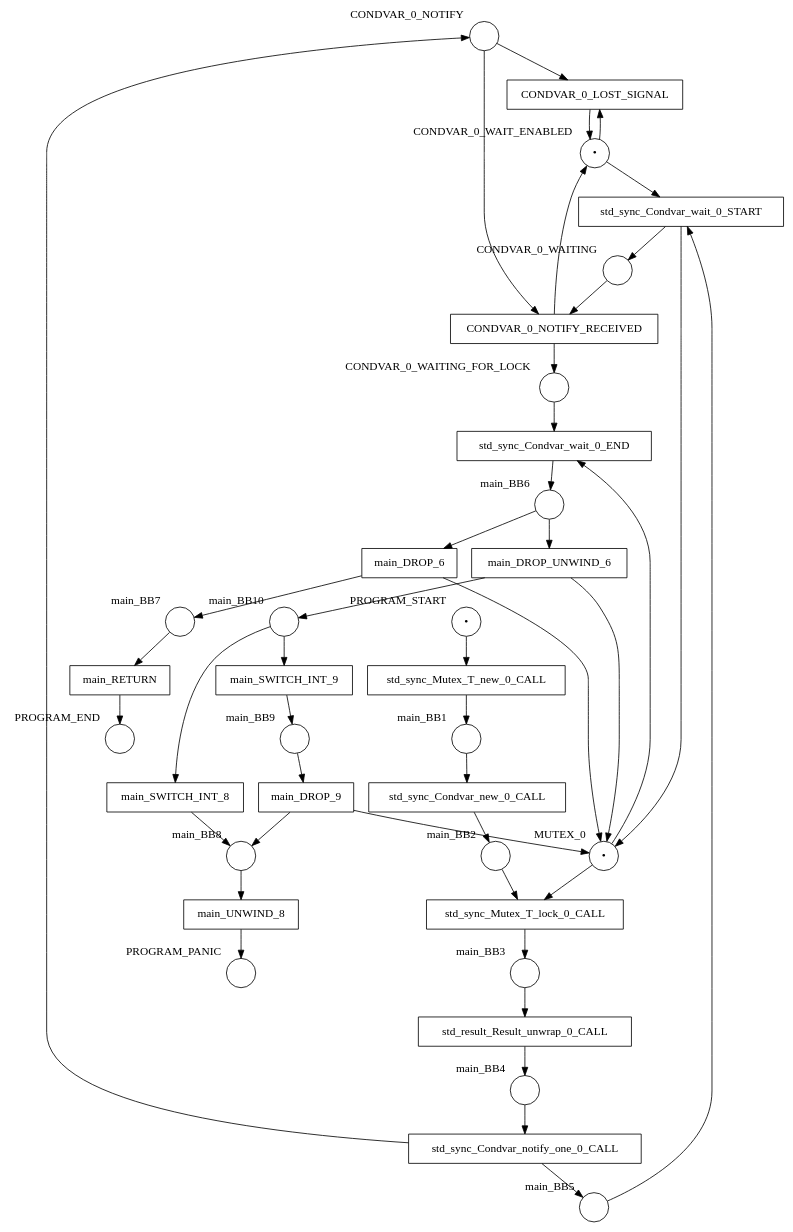
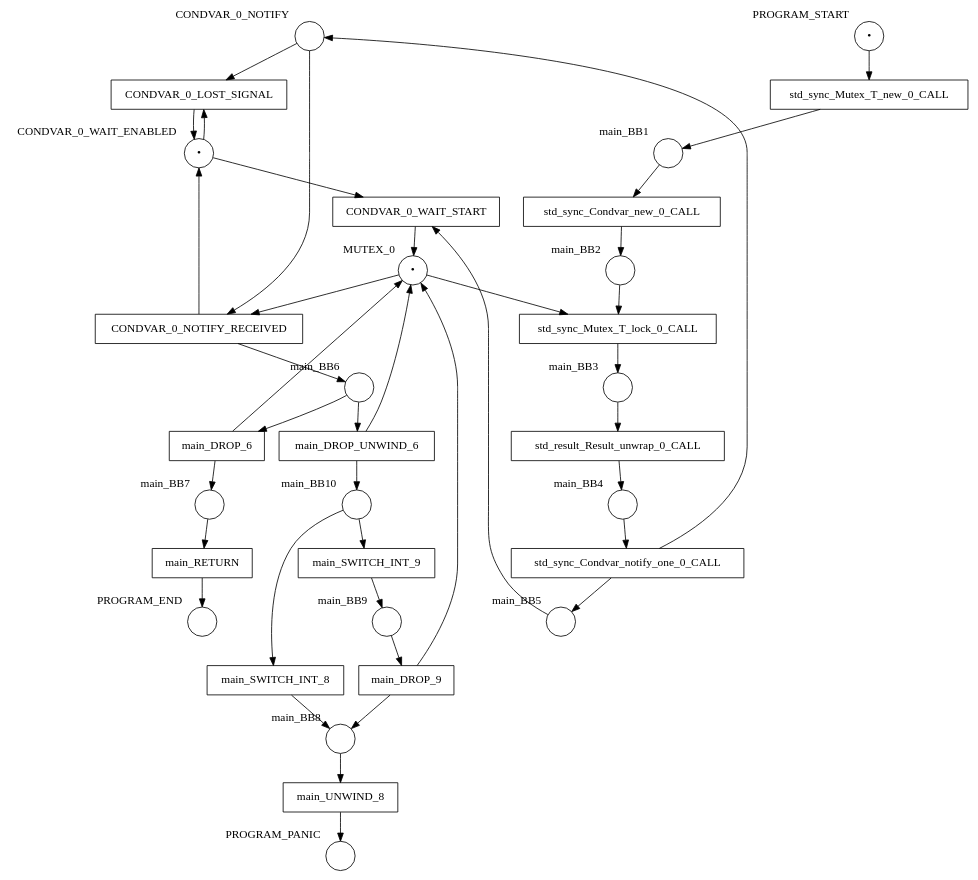
One commit to hlisdero/cargo-check-deadlock changed the diagram in examples/results/condvar/self_notify_lost_signal/net.dot. Above: the diagram before and after it, drawn with Graphviz. The commit also changed 15 other files, not shown here.

```diff
--- a/examples/results/condvar/self_notify_lost_signal/net.dot
+++ b/examples/results/condvar/self_notify_lost_signal/net.dot
@@ -1,79 +1,72 @@
 digraph petrinet {
     CONDVAR_0_NOTIFY [shape="circle" xlabel="CONDVAR_0_NOTIFY" label=""];
-    CONDVAR_0_WAITING [shape="circle" xlabel="CONDVAR_0_WAITING" label=""];
-    CONDVAR_0_WAITING_FOR_LOCK [shape="circle" xlabel="CONDVAR_0_WAITING_FOR_LOCK" label=""];
     CONDVAR_0_WAIT_ENABLED [shape="circle" xlabel="CONDVAR_0_WAIT_ENABLED" label="•"];
     MUTEX_0 [shape="circle" xlabel="MUTEX_0" label="•"];
     PROGRAM_END [shape="circle" xlabel="PROGRAM_END" label=""];
     PROGRAM_PANIC [shape="circle" xlabel="PROGRAM_PANIC" label=""];
     PROGRAM_START [shape="circle" xlabel="PROGRAM_START" label="•"];
     main_BB1 [shape="circle" xlabel="main_BB1" label=""];
     main_BB10 [shape="circle" xlabel="main_BB10" label=""];
     main_BB2 [shape="circle" xlabel="main_BB2" label=""];
     main_BB3 [shape="circle" xlabel="main_BB3" label=""];
     main_BB4 [shape="circle" xlabel="main_BB4" label=""];
     main_BB5 [shape="circle" xlabel="main_BB5" label=""];
     main_BB6 [shape="circle" xlabel="main_BB6" label=""];
     main_BB7 [shape="circle" xlabel="main_BB7" label=""];
     main_BB8 [shape="circle" xlabel="main_BB8" label=""];
     main_BB9 [shape="circle" xlabel="main_BB9" label=""];
     CONDVAR_0_LOST_SIGNAL [shape="box" xlabel="" label="CONDVAR_0_LOST_SIGNAL"];
     CONDVAR_0_NOTIFY_RECEIVED [shape="box" xlabel="" label="CONDVAR_0_NOTIFY_RECEIVED"];
+    CONDVAR_0_WAIT_START [shape="box" xlabel="" label="CONDVAR_0_WAIT_START"];
     main_DROP_6 [shape="box" xlabel="" label="main_DROP_6"];
     main_DROP_9 [shape="box" xlabel="" label="main_DROP_9"];
     main_DROP_UNWIND_6 [shape="box" xlabel="" label="main_DROP_UNWIND_6"];
     main_RETURN [shape="box" xlabel="" label="main_RETURN"];
     main_SWITCH_INT_8 [shape="box" xlabel="" label="main_SWITCH_INT_8"];
     main_SWITCH_INT_9 [shape="box" xlabel="" label="main_SWITCH_INT_9"];
     main_UNWIND_8 [shape="box" xlabel="" label="main_UNWIND_8"];
     std_result_Result_unwrap_0_CALL [shape="box" xlabel="" label="std_result_Result_unwrap_0_CALL"];
     std_sync_Condvar_new_0_CALL [shape="box" xlabel="" label="std_sync_Condvar_new_0_CALL"];
     std_sync_Condvar_notify_one_0_CALL [shape="box" xlabel="" label="std_sync_Condvar_notify_one_0_CALL"];
-    std_sync_Condvar_wait_0_END [shape="box" xlabel="" label="std_sync_Condvar_wait_0_END"];
-    std_sync_Condvar_wait_0_START [shape="box" xlabel="" label="std_sync_Condvar_wait_0_START"];
     std_sync_Mutex_T_lock_0_CALL [shape="box" xlabel="" label="std_sync_Mutex_T_lock_0_CALL"];
     std_sync_Mutex_T_new_0_CALL [shape="box" xlabel="" label="std_sync_Mutex_T_new_0_CALL"];
     CONDVAR_0_NOTIFY -> CONDVAR_0_LOST_SIGNAL;
     CONDVAR_0_NOTIFY -> CONDVAR_0_NOTIFY_RECEIVED;
-    CONDVAR_0_WAITING -> CONDVAR_0_NOTIFY_RECEIVED;
-    CONDVAR_0_WAITING_FOR_LOCK -> std_sync_Condvar_wait_0_END;
     CONDVAR_0_WAIT_ENABLED -> CONDVAR_0_LOST_SIGNAL;
-    CONDVAR_0_WAIT_ENABLED -> std_sync_Condvar_wait_0_START;
-    MUTEX_0 -> std_sync_Condvar_wait_0_END;
+    CONDVAR_0_WAIT_ENABLED -> CONDVAR_0_WAIT_START;
+    MUTEX_0 -> CONDVAR_0_NOTIFY_RECEIVED;
     MUTEX_0 -> std_sync_Mutex_T_lock_0_CALL;
     PROGRAM_START -> std_sync_Mutex_T_new_0_CALL;
     main_BB1 -> std_sync_Condvar_new_0_CALL;
     main_BB10 -> main_SWITCH_INT_8;
     main_BB10 -> main_SWITCH_INT_9;
     main_BB2 -> std_sync_Mutex_T_lock_0_CALL;
     main_BB3 -> std_result_Result_unwrap_0_CALL;
     main_BB4 -> std_sync_Condvar_notify_one_0_CALL;
-    main_BB5 -> std_sync_Condvar_wait_0_START;
+    main_BB5 -> CONDVAR_0_WAIT_START;
     main_BB6 -> main_DROP_6;
     main_BB6 -> main_DROP_UNWIND_6;
     main_BB7 -> main_RETURN;
     main_BB8 -> main_UNWIND_8;
     main_BB9 -> main_DROP_9;
     CONDVAR_0_LOST_SIGNAL -> CONDVAR_0_WAIT_ENABLED;
-    CONDVAR_0_NOTIFY_RECEIVED -> CONDVAR_0_WAITING_FOR_LOCK;
     CONDVAR_0_NOTIFY_RECEIVED -> CONDVAR_0_WAIT_ENABLED;
+    CONDVAR_0_NOTIFY_RECEIVED -> main_BB6;
+    CONDVAR_0_WAIT_START -> MUTEX_0;
     main_DROP_6 -> MUTEX_0;
     main_DROP_6 -> main_BB7;
     main_DROP_9 -> MUTEX_0;
     main_DROP_9 -> main_BB8;
     main_DROP_UNWIND_6 -> MUTEX_0;
     main_DROP_UNWIND_6 -> main_BB10;
     main_RETURN -> PROGRAM_END;
     main_SWITCH_INT_8 -> main_BB8;
     main_SWITCH_INT_9 -> main_BB9;
     main_UNWIND_8 -> PROGRAM_PANIC;
     std_result_Result_unwrap_0_CALL -> main_BB4;
     std_sync_Condvar_new_0_CALL -> main_BB2;
     std_sync_Condvar_notify_one_0_CALL -> CONDVAR_0_NOTIFY;
     std_sync_Condvar_notify_one_0_CALL -> main_BB5;
-    std_sync_Condvar_wait_0_END -> main_BB6;
-    std_sync_Condvar_wait_0_START -> CONDVAR_0_WAITING;
-    std_sync_Condvar_wait_0_START -> MUTEX_0;
     std_sync_Mutex_T_lock_0_CALL -> main_BB3;
     std_sync_Mutex_T_new_0_CALL -> main_BB1;
 }
```
